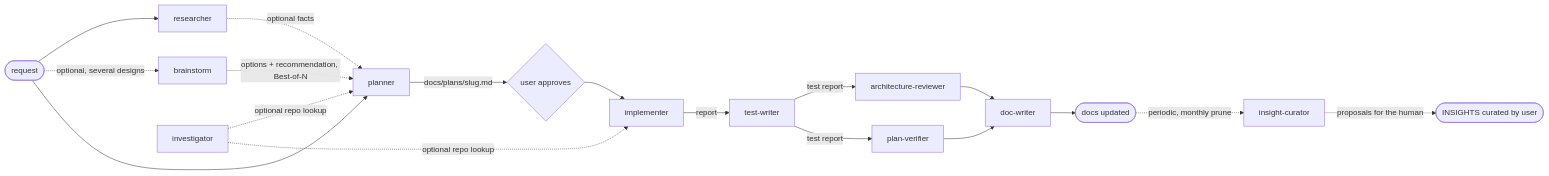
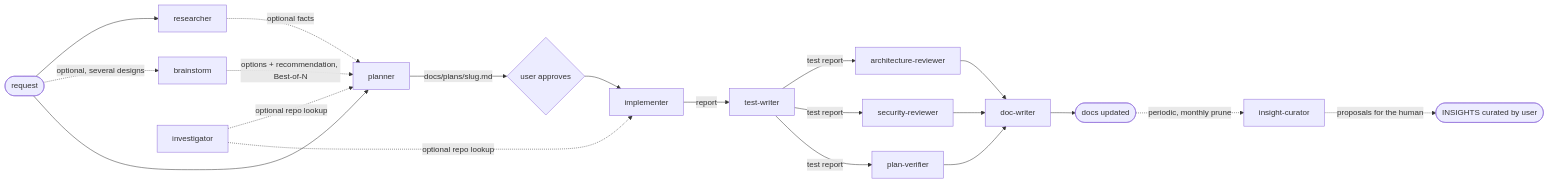
Before and after one commit to natalia-zakalyk/dev-digest: the diagram in .claude/agents/README.md, drawn with Mermaid. The commit also changed other lines of this file and 15 other files, not shown here.

````diff
--- a/.claude/agents/README.md
+++ b/.claude/agents/README.md
@@ -29,20 +30,22 @@
 ```mermaid
 flowchart LR
   req([request]) --> researcher
   req -. optional, several designs .-> brainstorm
   brainstorm -. options + recommendation, Best-of-N .-> planner
   researcher -. optional facts .-> planner
   req --> planner
   investigator[investigator] -. optional repo lookup .-> planner
   investigator -. optional repo lookup .-> implementer
   planner -->|docs/plans/slug.md| approve{user approves}
   approve --> implementer
   implementer -->|report| testWriter[test-writer]
   testWriter -->|test report| archReviewer[architecture-reviewer]
+  testWriter -->|test report| secReviewer[security-reviewer]
   testWriter -->|test report| planVerifier[plan-verifier]
   archReviewer --> docWriter[doc-writer]
+  secReviewer --> docWriter
   planVerifier --> docWriter
   docWriter --> docs([docs updated])
   docs -. periodic, monthly prune .-> curator[insight-curator]
   curator -. proposals for the human .-> insights([INSIGHTS curated by user])
 ```
````
